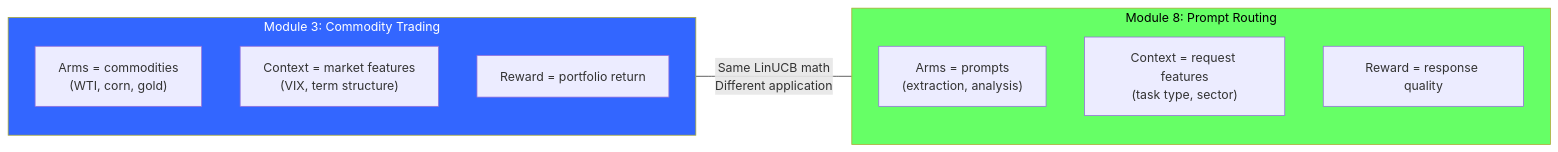
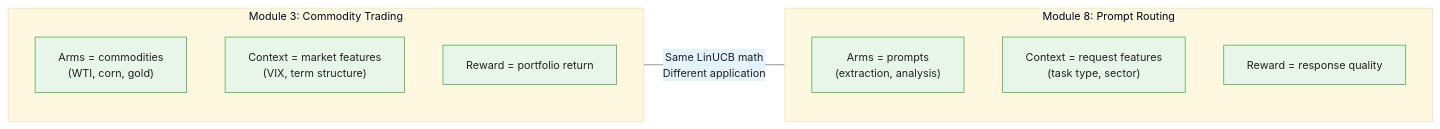
One commit to m-deane/course-creator changed the third of 5 diagrams in courses/multi-armed-bandits-ab-testing/modules/module_08_prompt_routing_bandits/guides/03_contextual_prompt_routing_slides.md. Above: the diagram before and after it, drawn with Mermaid. The commit also changed other lines of this file and 146 other files, not shown here.

````diff
--- a/courses/multi-armed-bandits-ab-testing/modules/module_08_prompt_routing_bandits/guides/03_contextual_prompt_routing_slides.md
+++ b/courses/multi-armed-bandits-ab-testing/modules/module_08_prompt_routing_bandits/guides/03_contextual_prompt_routing_slides.md
@@ -209,18 +249,16 @@
 ```mermaid
+%%{init: {"theme": "base", "themeVariables": {"primaryColor": "#e8f5e9", "primaryBorderColor": "#4caf50", "primaryTextColor": "#212121", "secondaryColor": "#e3f2fd", "tertiaryColor": "#fff8e1", "lineColor": "#757575", "fontFamily": "Inter, sans-serif", "fontSize": "14px"}}}%%
 flowchart LR
     subgraph M3["Module 3: Commodity Trading"]
         Arms3["Arms = commodities<br/>(WTI, corn, gold)"]
         Ctx3["Context = market features<br/>(VIX, term structure)"]
         Rew3["Reward = portfolio return"]
     end
     subgraph M8["Module 8: Prompt Routing"]
         Arms8["Arms = prompts<br/>(extraction, analysis)"]
         Ctx8["Context = request features<br/>(task type, sector)"]
         Rew8["Reward = response quality"]
     end
 
     M3 --- |"Same LinUCB math<br/>Different application"| M8
-
-    style M3 fill:#36f,color:#fff
-    style M8 fill:#6f6,color:#000
 ```
````
